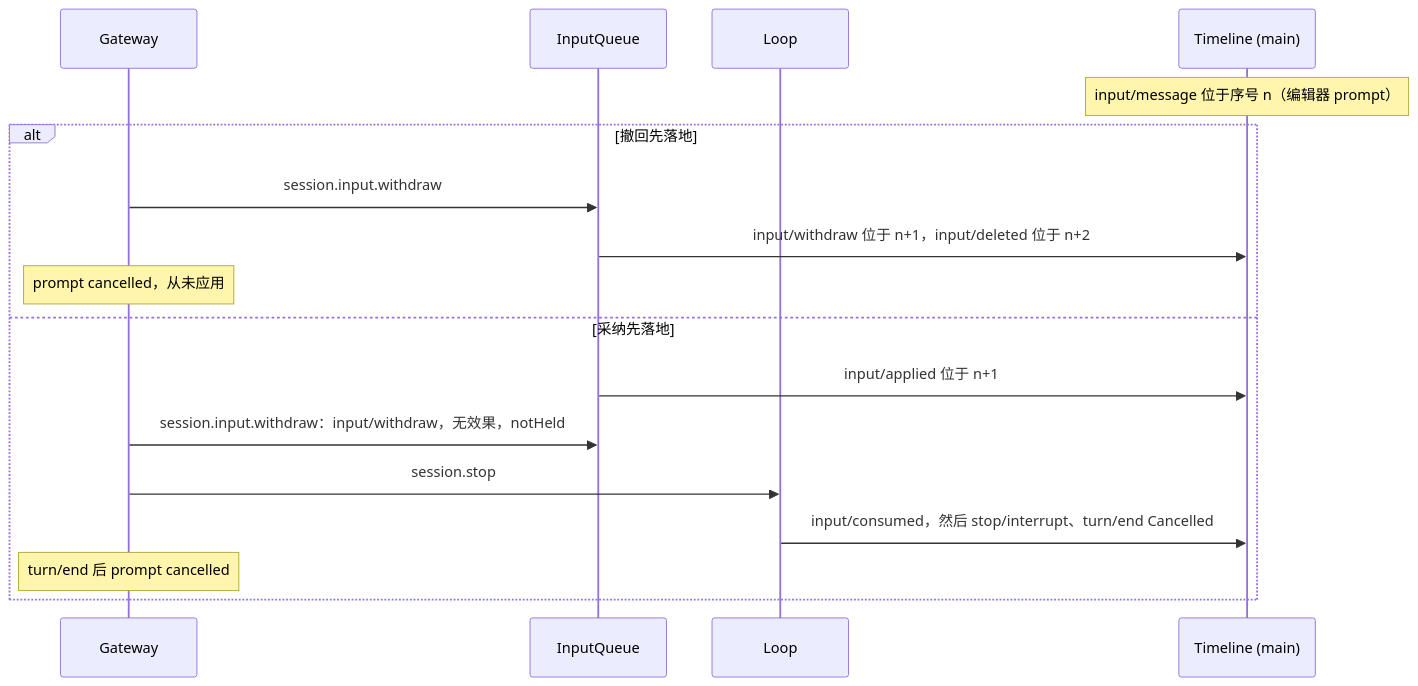
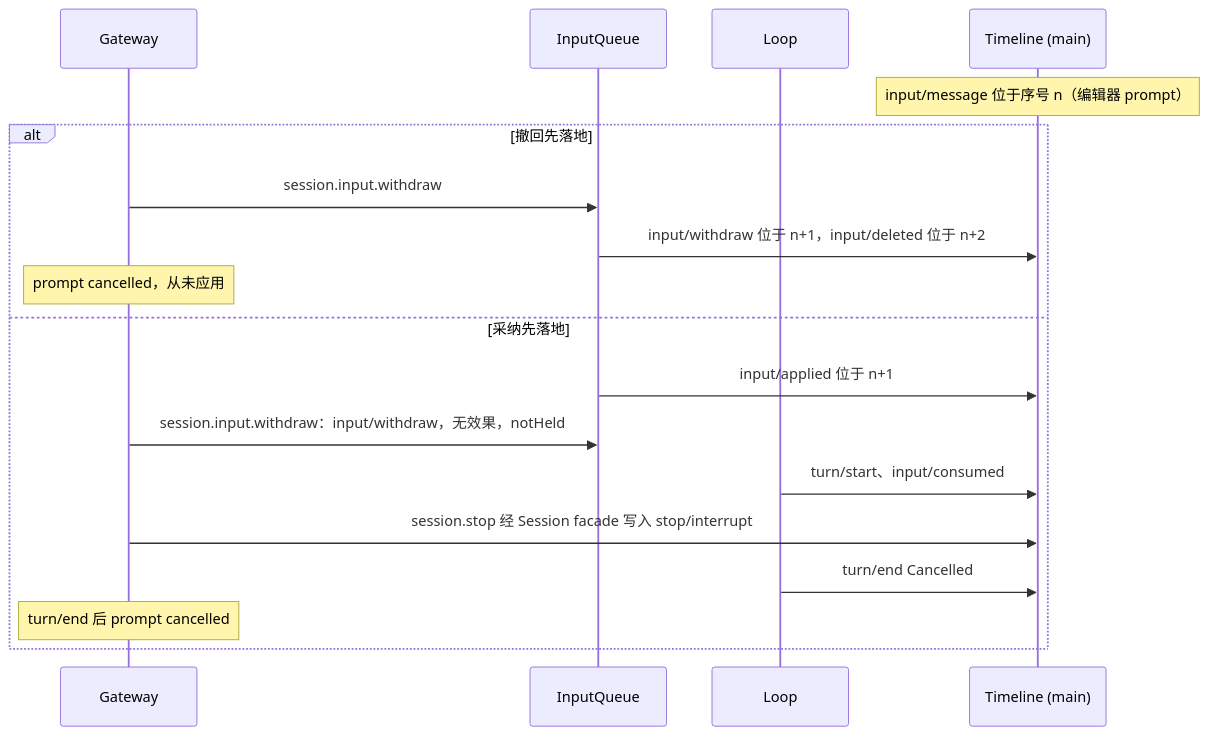
The fifth of 5 diagrams in docs/zh/design/plugins/AcpGateway.md (CoutinhoTTS/dim-agent), drawn with Mermaid before and after one commit. The commit also changed other lines of this file and 40 other files, not shown here.

````diff
--- a/docs/zh/design/plugins/AcpGateway.md
+++ b/docs/zh/design/plugins/AcpGateway.md
@@ -125,19 +128,20 @@
 ```mermaid
 sequenceDiagram
   participant G as Gateway
   participant IQ as InputQueue
   participant L as Loop
   participant TL as Timeline (main)
   Note over TL: input/message 位于序号 n（编辑器 prompt）
   alt 撤回先落地
     G->>IQ: session.input.withdraw
     IQ->>TL: input/withdraw 位于 n+1，input/deleted 位于 n+2
     Note over G: prompt cancelled，从未应用
   else 采纳先落地
     IQ->>TL: input/applied 位于 n+1
     G->>IQ: session.input.withdraw：input/withdraw，无效果，notHeld
-    G->>L: session.stop
-    L->>TL: input/consumed，然后 stop/interrupt、turn/end Cancelled
+    L->>TL: turn/start、input/consumed
+    G->>TL: session.stop 经 Session facade 写入 stop/interrupt
+    L->>TL: turn/end Cancelled
     Note over G: turn/end 后 prompt cancelled
   end
 ```
````
